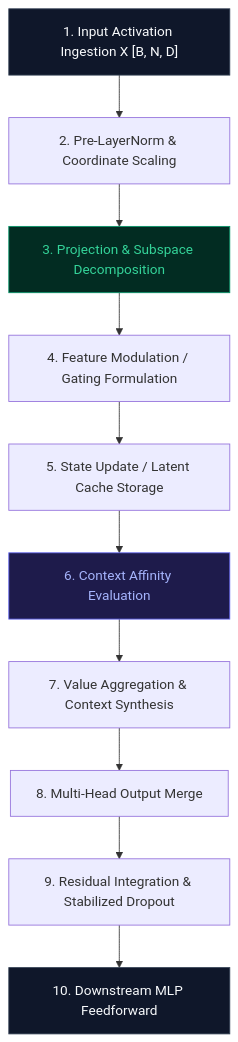
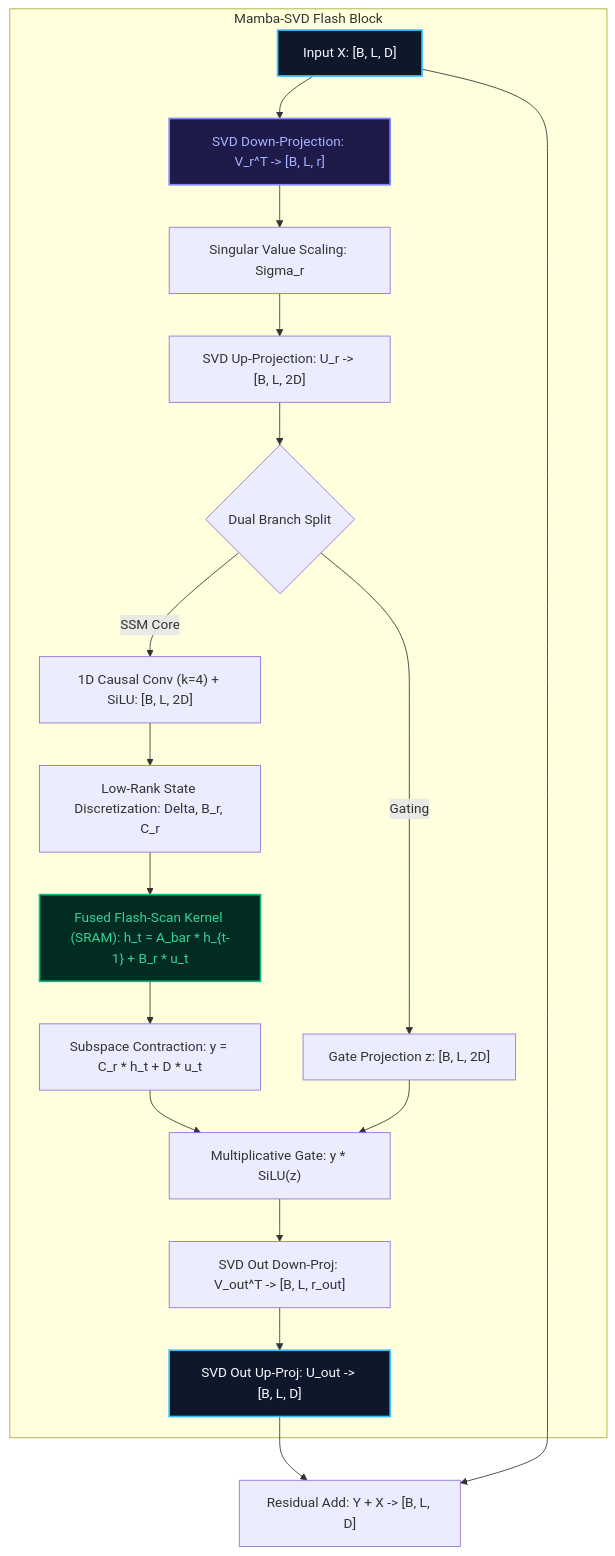
The second of 2 diagrams in Docs/content/attentions_blog/mamba_svd_flash_blog.md (tahamajs/NeuralOps), drawn with Mermaid before and after one commit. The commit also changed other lines of this file and 19 other files, not shown here.

````diff
--- a/Docs/content/attentions_blog/mamba_svd_flash_blog.md
+++ b/Docs/content/attentions_blog/mamba_svd_flash_blog.md
@@ -77,17 +104,32 @@
 ```mermaid
-graph TD
-    Step1["1. Input Activation Ingestion X [B, N, D]"] --> Step2["2. Pre-LayerNorm & Coordinate Scaling"]
-    Step2 --> Step3["3. Projection & Subspace Decomposition"]
-    Step3 --> Step4["4. Feature Modulation / Gating Formulation"]
-    Step4 --> Step5["5. State Update / Latent Cache Storage"]
-    Step5 --> Step6["6. Context Affinity Evaluation"]
-    Step6 --> Step7["7. Value Aggregation & Context Synthesis"]
-    Step7 --> Step8["8. Multi-Head Output Merge"]
-    Step8 --> Step9["9. Residual Integration & Stabilized Dropout"]
-    Step9 --> Step10["10. Downstream MLP Feedforward"]
+flowchart TD
+    subgraph Mamba_SVD_Block["Mamba-SVD Flash Block"]
+        In["Input X: [B, L, D]"] --> SVD_In["SVD Down-Projection: V_r^T -> [B, L, r]"]
+        SVD_In --> SVD_Scale["Singular Value Scaling: Sigma_r"]
+        SVD_Scale --> SVD_Up["SVD Up-Projection: U_r -> [B, L, 2D]"]
+        
+        SVD_Up --> SplitBranch{"Dual Branch Split"}
+        
+        SplitBranch -->|"SSM Core"| Conv1D["1D Causal Conv (k=4) + SiLU: [B, L, 2D]"]
+        SplitBranch -->|"Gating"| GateBranch["Gate Projection z: [B, L, 2D]"]
+        
+        Conv1D --> SVD_StateProj["Low-Rank State Discretization: Delta, B_r, C_r"]
+        
+        SVD_StateProj --> FusedScan["Fused Flash-Scan Kernel (SRAM): h_t = A_bar * h_{t-1} + B_r * u_t"]
+        
+        FusedScan --> StateContract["Subspace Contraction: y = C_r * h_t + D * u_t"]
+        
+        StateContract --> GateMul["Multiplicative Gate: y * SiLU(z)"]
+        GateBranch --> GateMul
+        
+        GateMul --> SVD_OutDown["SVD Out Down-Proj: V_out^T -> [B, L, r_out]"]
+        SVD_OutDown --> SVD_OutUp["SVD Out Up-Proj: U_out -> [B, L, D]"]
+    end
+    SVD_OutUp --> ResidualAdd["Residual Add: Y + X -> [B, L, D]"]
+    In --> ResidualAdd
 
-    style Step1 fill:#0F172A,stroke:#334155,color:#F8FAFC
-    style Step3 fill:#022C22,stroke:#059669,color:#34D399
-    style Step6 fill:#1E1B4B,stroke:#6366F1,color:#A5B4FC
-    style Step10 fill:#0F172A,stroke:#334155,color:#F8FAFC
+    style In fill:#0F172A,stroke:#38BDF8,stroke-width:2px,color:#F8FAFC
+    style FusedScan fill:#022C22,stroke:#10B981,stroke-width:2px,color:#34D399
+    style SVD_In fill:#1E1B4B,stroke:#818CF8,stroke-width:2px,color:#A5B4FC
+    style SVD_OutUp fill:#0F172A,stroke:#38BDF8,stroke-width:2px,color:#F8FAFC
 ```
````
